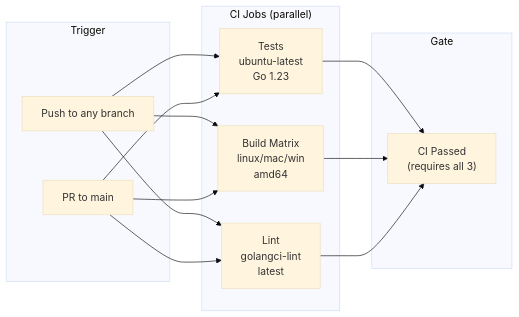
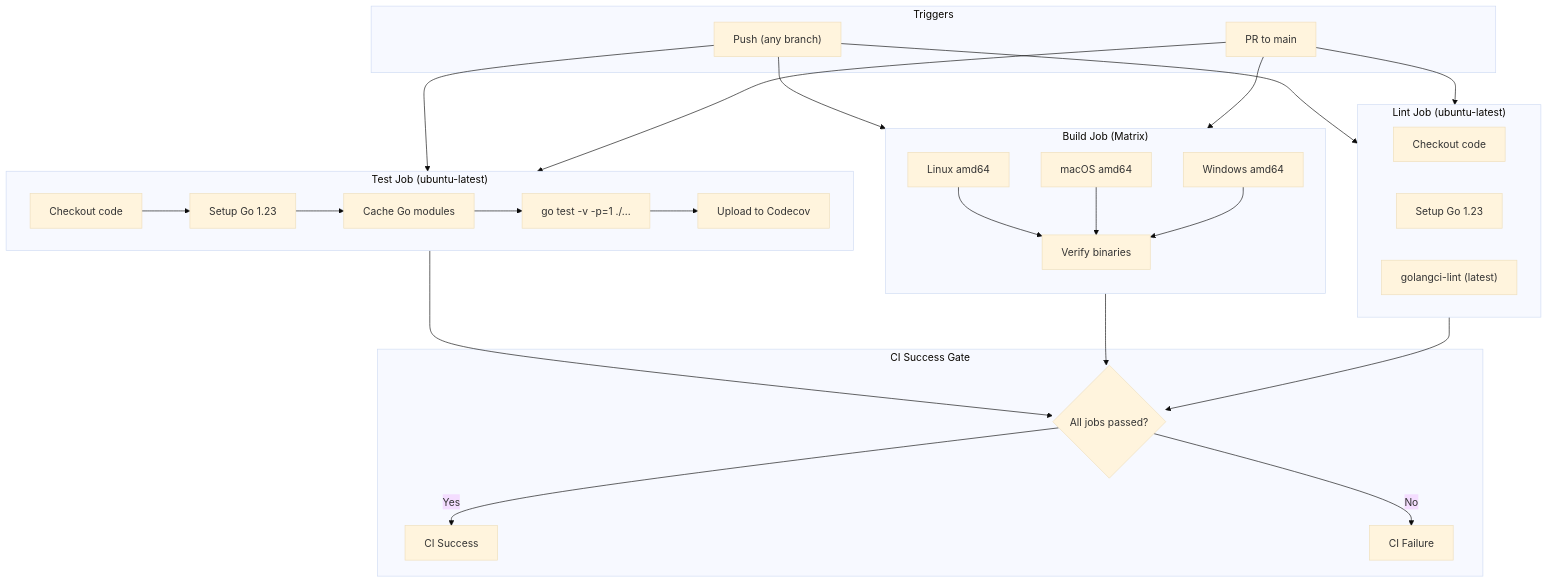
The first of 2 diagrams in brownfield-docs/diagrams/architecture/cicd-pipeline.md (jwwelbor/shark-task-manager), drawn with Mermaid (base theme) before and after one commit. The commit also changed other lines of this file and 47 other files, not shown here.

````diff
--- a/brownfield-docs/diagrams/architecture/cicd-pipeline.md
+++ b/brownfield-docs/diagrams/architecture/cicd-pipeline.md
@@ -9,23 +9,45 @@
 ```mermaid
-graph LR
-    subgraph "Trigger"
-        PUSH["Push to any branch"]
+flowchart TD
+    subgraph Trigger["Triggers"]
+        PUSH["Push (any branch)"]
         PR["PR to main"]
     end
 
-    subgraph "CI Jobs (parallel)"
-        TEST["Tests<br/>ubuntu-latest<br/>Go 1.23"]
-        BUILD["Build Matrix<br/>linux/mac/win<br/>amd64"]
-        LINT["Lint<br/>golangci-lint<br/>latest"]
+    subgraph TestJob["Test Job (ubuntu-latest)"]
+        CHECKOUT1["Checkout code"]
+        SETUP1["Setup Go 1.23"]
+        CACHE1["Cache Go modules"]
+        RUN_TEST["go test -v -p=1 ./..."]
+        COVERAGE["Upload to Codecov"]
     end
 
-    subgraph "Gate"
-        GATE["CI Passed<br/>(requires all 3)"]
+    subgraph BuildJob["Build Job (Matrix)"]
+        direction TB
+        B_LINUX["Linux amd64"]
+        B_MACOS["macOS amd64"]
+        B_WIN["Windows amd64"]
+        VERIFY["Verify binaries"]
     end
 
-    PUSH --> TEST & BUILD & LINT
-    PR --> TEST & BUILD & LINT
-    TEST --> GATE
-    BUILD --> GATE
-    LINT --> GATE
+    subgraph LintJob["Lint Job (ubuntu-latest)"]
+        CHECKOUT3["Checkout code"]
+        SETUP3["Setup Go 1.23"]
+        GOLINT["golangci-lint (latest)"]
+    end
+
+    subgraph Gate["CI Success Gate"]
+        ALL_PASS{All jobs passed?}
+        SUCCESS["CI Success"]
+        FAILURE["CI Failure"]
+    end
+
+    PUSH & PR --> TestJob & BuildJob & LintJob
+    TestJob --> ALL_PASS
+    BuildJob --> ALL_PASS
+    LintJob --> ALL_PASS
+    ALL_PASS -->|Yes| SUCCESS
+    ALL_PASS -->|No| FAILURE
+
+    CHECKOUT1 --> SETUP1 --> CACHE1 --> RUN_TEST --> COVERAGE
+    B_LINUX & B_MACOS & B_WIN --> VERIFY
 ```
````
